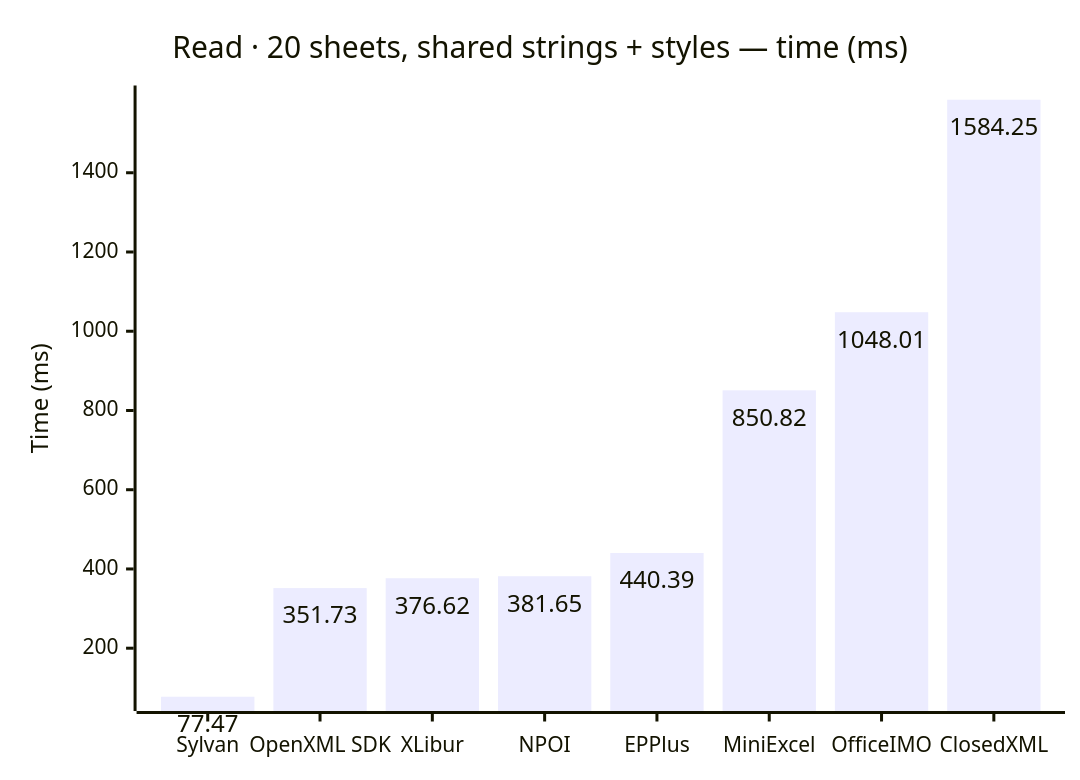
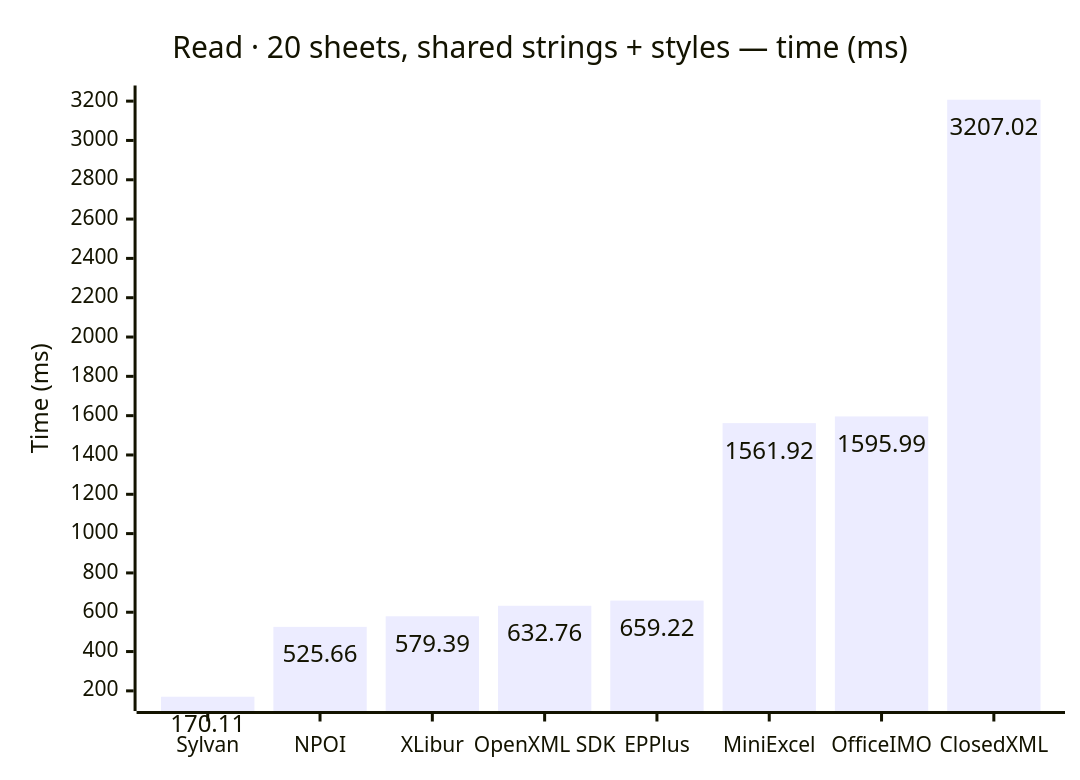
The fifth of 18 diagrams in docs/results-ci.md (jafin/XLBench), drawn with Mermaid before and after one commit. The commit also changed other lines of this file, not shown here.

````diff
--- a/docs/results-ci.md
+++ b/docs/results-ci.md
@@ -95,12 +95,12 @@
 ```mermaid
 ---
 config:
   xyChart:
     showDataLabel: true
 ---
 xychart-beta
     title "Read · 20 sheets, shared strings + styles — time (ms)"
-    x-axis ["Sylvan", "OpenXML SDK", "XLibur", "NPOI", "EPPlus", "MiniExcel", "OfficeIMO", "ClosedXML"]
+    x-axis ["Sylvan", "NPOI", "XLibur", "OpenXML SDK", "EPPlus", "MiniExcel", "OfficeIMO", "ClosedXML"]
     y-axis "Time (ms)"
-    bar [77.47, 351.73, 376.62, 381.65, 440.39, 850.82, 1048.01, 1584.25]
+    bar [170.11, 525.66, 579.39, 632.76, 659.22, 1561.92, 1595.99, 3207.02]
 ```
````
